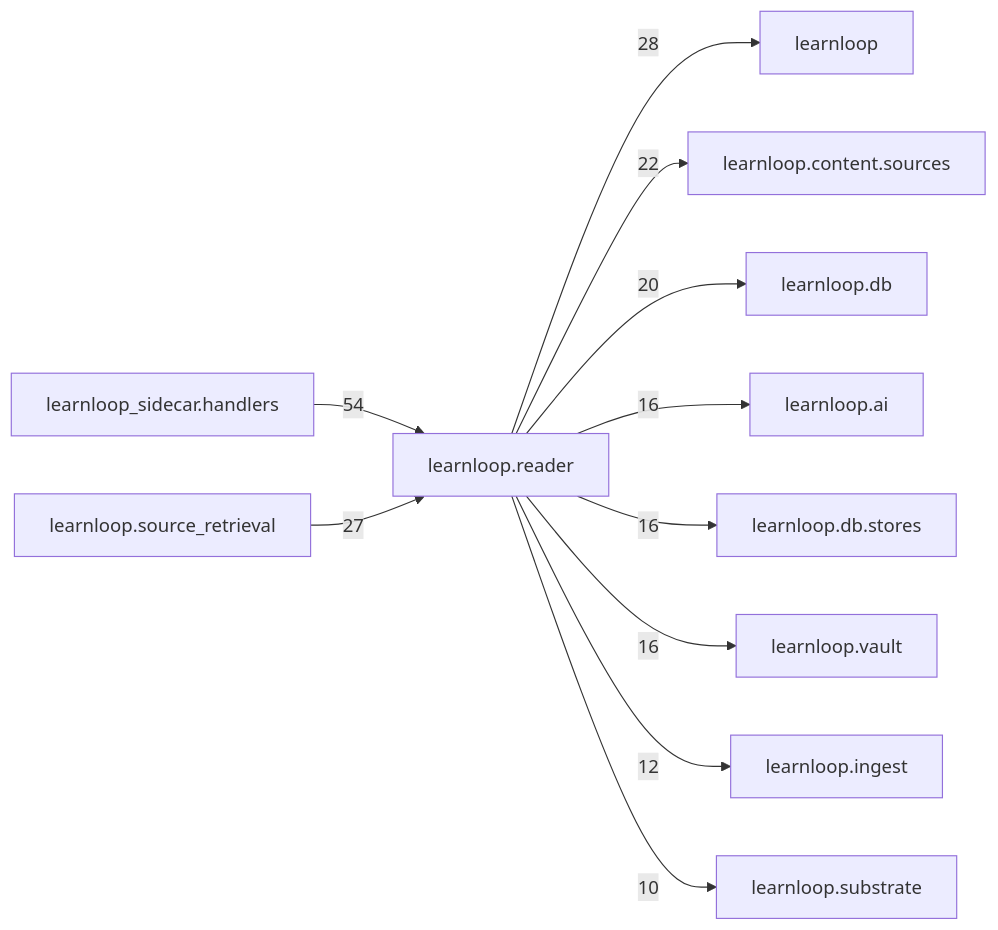
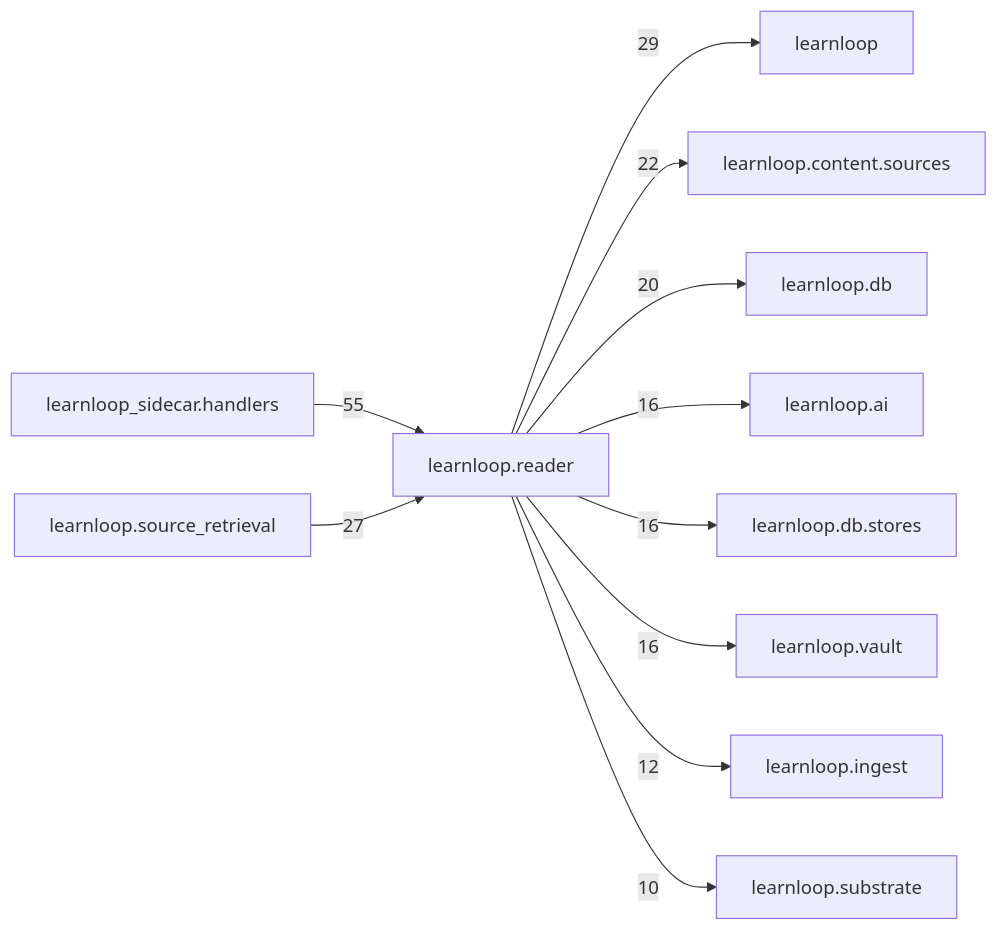
Before and after one commit to 6up-b/learnanything: the diagram in docs/learnloop-architecture-vault/Reference/Modules/learnloop/reader/_package.md, drawn with Mermaid. The commit also changed other lines of this file and 37 other files, not shown here.

````diff
--- a/docs/learnloop-architecture-vault/Reference/Modules/learnloop/reader/_package.md
+++ b/docs/learnloop-architecture-vault/Reference/Modules/learnloop/reader/_package.md
@@ -159,24 +161,24 @@
 ```mermaid
 flowchart LR
     center["learnloop.reader"]
     n_learnloop_sidecar_handlers["learnloop_sidecar.handlers"]
     n_learnloop["learnloop"]
     n_learnloop_source_retrieval["learnloop.source_retrieval"]
     n_learnloop_content_sources["learnloop.content.sources"]
     n_learnloop_db["learnloop.db"]
     n_learnloop_ai["learnloop.ai"]
     n_learnloop_db_stores["learnloop.db.stores"]
     n_learnloop_vault["learnloop.vault"]
     n_learnloop_ingest["learnloop.ingest"]
     n_learnloop_substrate["learnloop.substrate"]
-    n_learnloop_sidecar_handlers -->|54| center
-    center -->|28| n_learnloop
+    n_learnloop_sidecar_handlers -->|55| center
+    center -->|29| n_learnloop
     n_learnloop_source_retrieval -->|27| center
     center -->|22| n_learnloop_content_sources
     center -->|20| n_learnloop_db
     center -->|16| n_learnloop_ai
     center -->|16| n_learnloop_db_stores
     center -->|16| n_learnloop_vault
     center -->|12| n_learnloop_ingest
     center -->|10| n_learnloop_substrate
 ```
````
